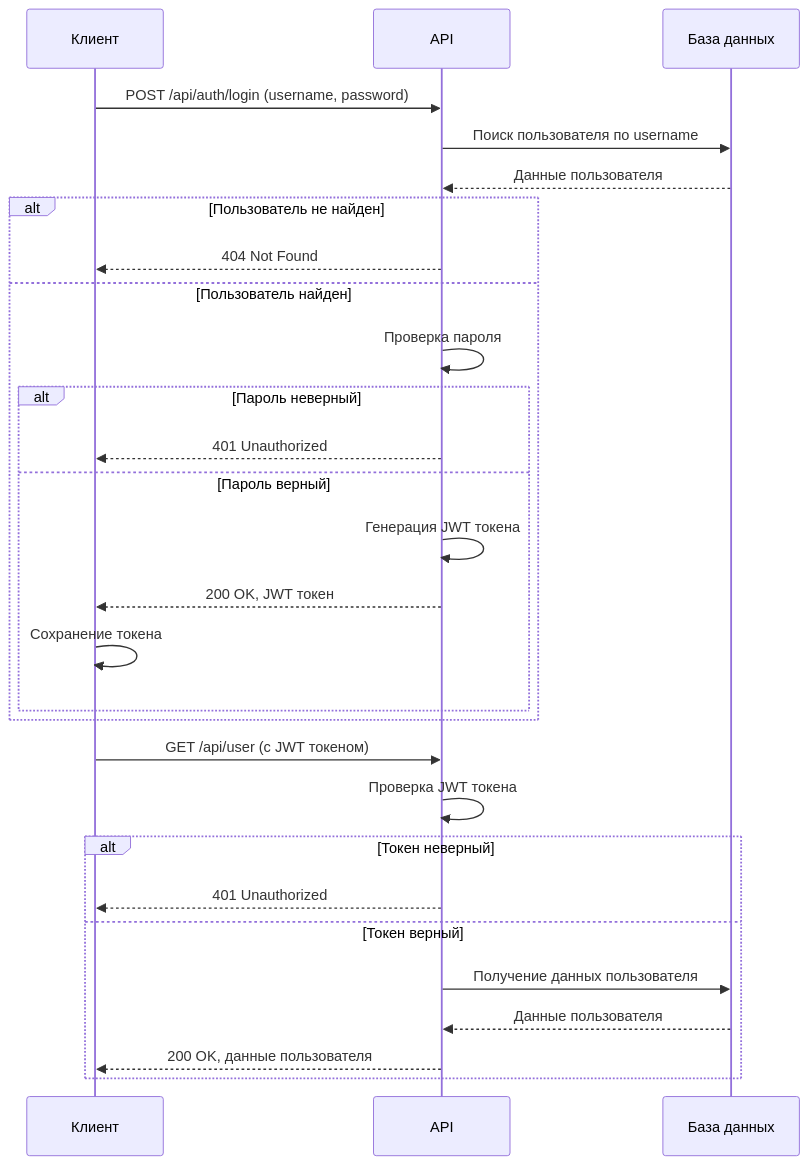
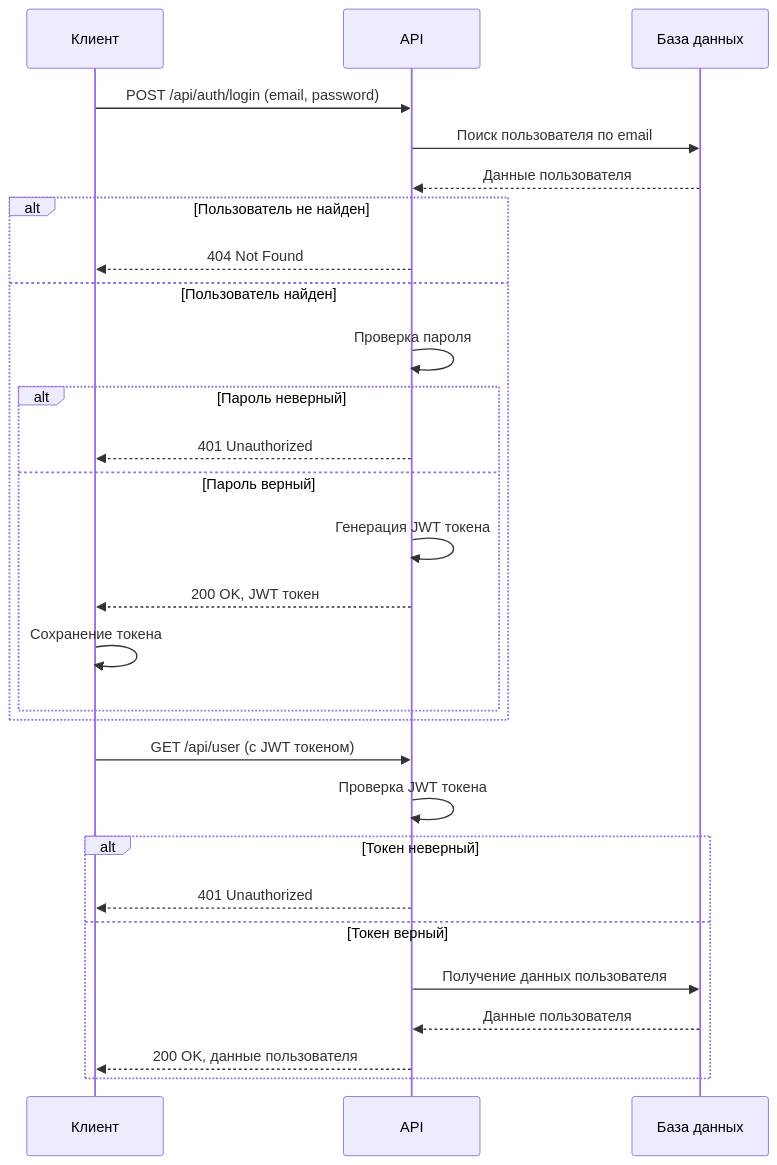
The eighth of 15 diagrams in docs/architecture.md (CY8ERPUNK1984/habit-game), drawn with Mermaid before and after one commit. The commit also changed other lines of this file and 1 other file, not shown here.

````diff
--- a/docs/architecture.md
+++ b/docs/architecture.md
@@ -184,35 +375,35 @@
 ```mermaid
 sequenceDiagram
     participant Client as Клиент
     participant API as API
     participant DB as База данных
     
-    Client->>API: POST /api/auth/login (username, password)
-    API->>DB: Поиск пользователя по username
+    Client->>API: POST /api/auth/login (email, password)
+    API->>DB: Поиск пользователя по email
     DB-->>API: Данные пользователя
     
     alt Пользователь не найден
         API-->>Client: 404 Not Found
     else Пользователь найден
         API->>API: Проверка пароля
         
         alt Пароль неверный
             API-->>Client: 401 Unauthorized
         else Пароль верный
             API->>API: Генерация JWT токена
             API-->>Client: 200 OK, JWT токен
             Client->>Client: Сохранение токена
         end
     end
     
     Client->>API: GET /api/user (с JWT токеном)
     API->>API: Проверка JWT токена
     
     alt Токен неверный
         API-->>Client: 401 Unauthorized
     else Токен верный
         API->>DB: Получение данных пользователя
         DB-->>API: Данные пользователя
         API-->>Client: 200 OK, данные пользователя
     end
 ```
````
